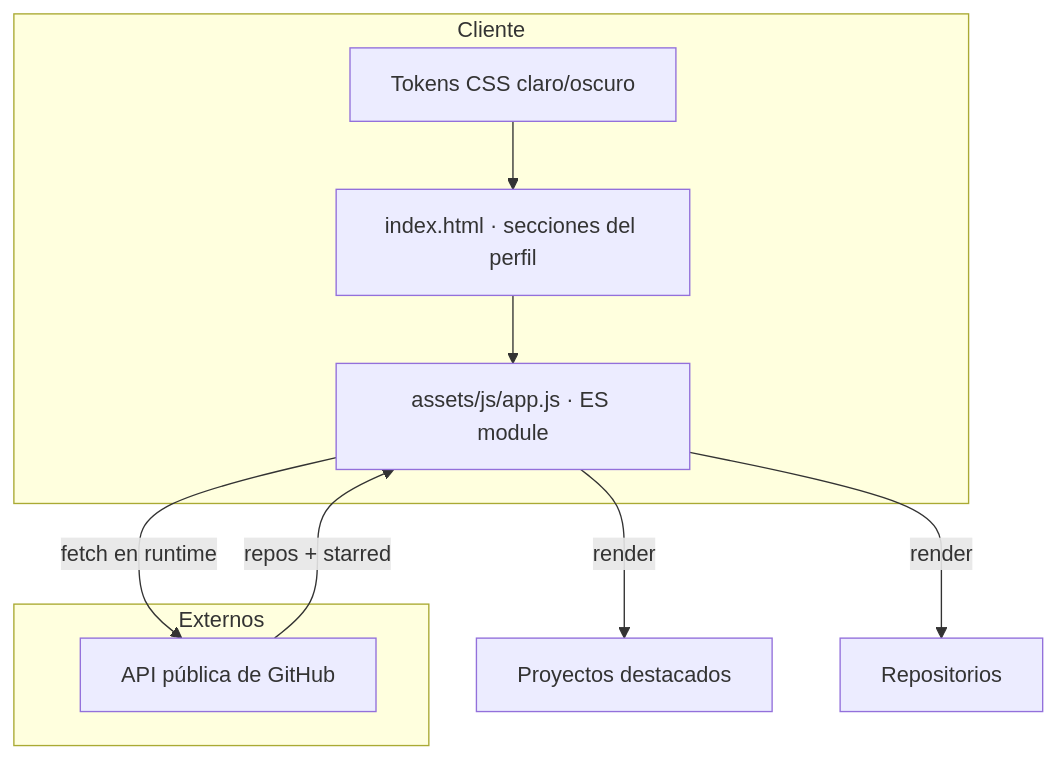
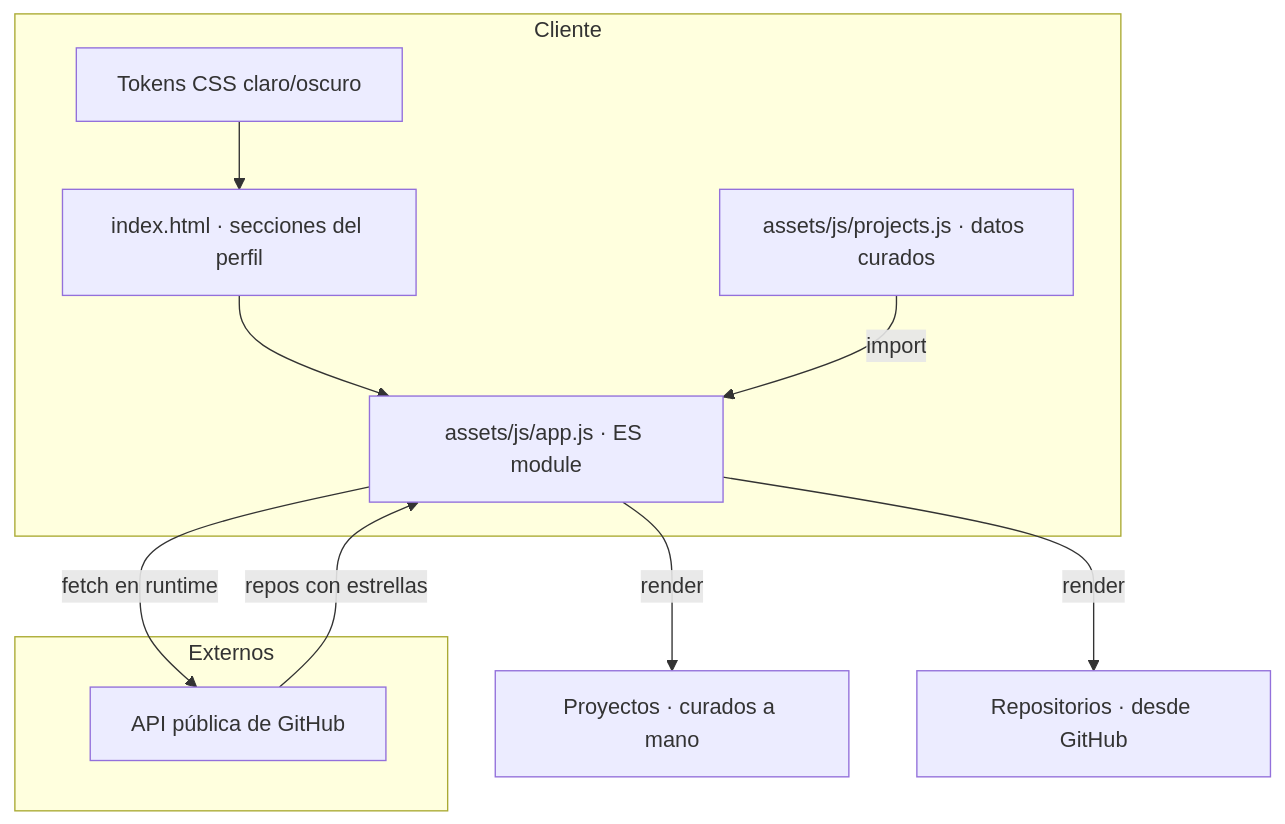
One commit to brayandiazc/portfolio-template-basic changed the first of 2 diagrams in docs/architecture/architecture.md. Above: the diagram before and after it, drawn with Mermaid. The commit also changed other lines of this file and 9 other files, not shown here.

First line of the commit message:
feat(projects): separar Proyectos (curados) de Repositorios (por estrellas)

````diff
--- a/docs/architecture/architecture.md
+++ b/docs/architecture/architecture.md
@@ -12,18 +12,20 @@
 ```mermaid
 graph TD
     subgraph Cliente
         H[index.html · secciones del perfil]
         CSS[Tokens CSS claro/oscuro]
         JS[assets/js/app.js · ES module]
+        P[assets/js/projects.js · datos curados]
     end
     subgraph Externos
         GH[API pública de GitHub]
     end
 
     H --> JS
     CSS --> H
+    P -->|import| JS
     JS -->|fetch en runtime| GH
-    GH -->|repos + starred| JS
-    JS -->|render| D[Proyectos destacados]
-    JS -->|render| R[Repositorios]
+    GH -->|repos con estrellas| JS
+    JS -->|render| D[Proyectos · curados a mano]
+    JS -->|render| R[Repositorios · desde GitHub]
 ```
````
